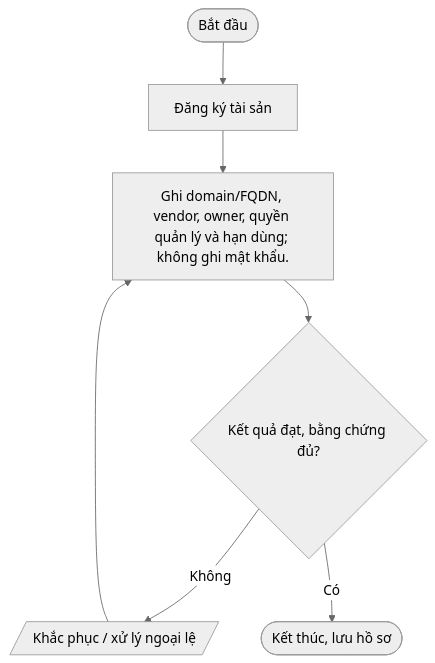
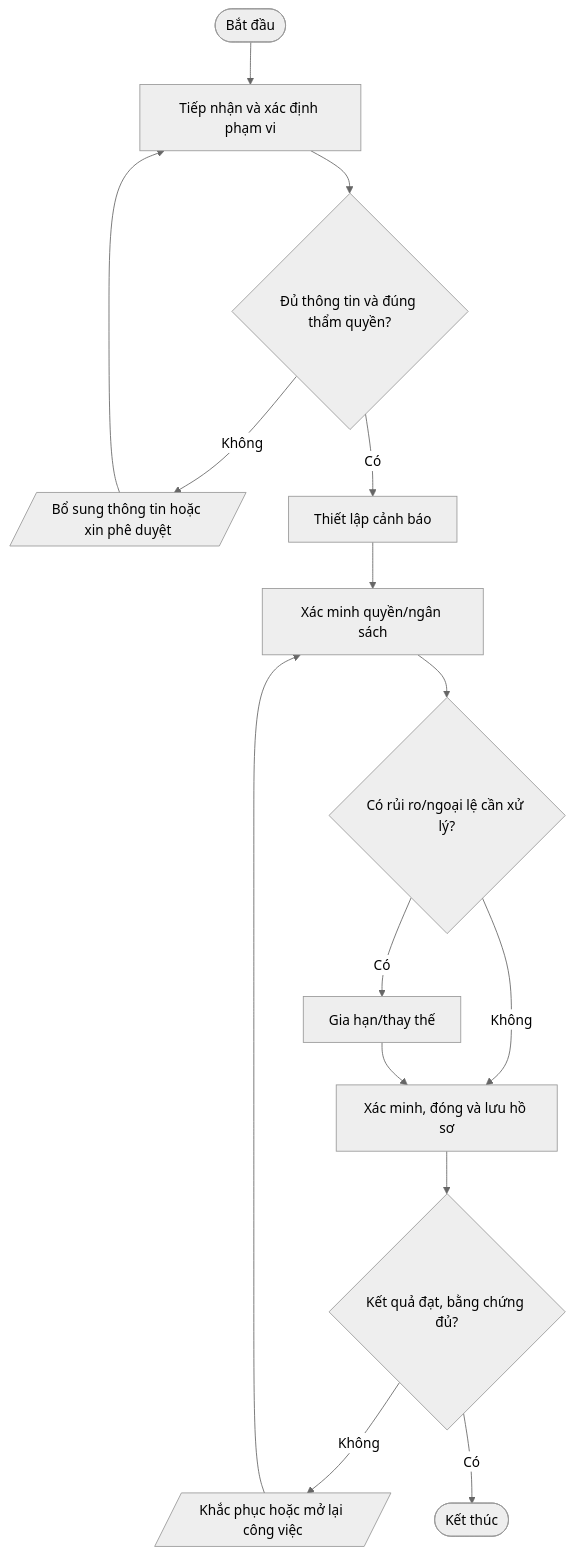
One commit to daoaigiangnam/Quy_Trinh_Chuan changed the fifth of 5 diagrams in quy-trinh/04-Backup-BCP-DR/README.md. Above: the diagram before and after it, drawn with Mermaid (neutral theme). The commit also changed other lines of this file, not shown here.

Commit message:
docs: refine detailed procedure steps and Mermaid flowcharts

````diff
--- a/quy-trinh/04-Backup-BCP-DR/README.md
+++ b/quy-trinh/04-Backup-BCP-DR/README.md
@@ -328,11 +403,17 @@
 ```mermaid
 flowchart TD
-  A([Bắt đầu]) --> S1
-  S1["Đăng ký tài sản"]
-  S2["Ghi domain/FQDN, vendor, owner, quyền quản lý và hạn dùng; không ghi mật khẩu."]
-  S1 --> S2
-  S2 --> D2{"Kết quả đạt, bằng chứng đủ?"}
-  D2 -- Không --> REWORK[/"Khắc phục / xử lý ngoại lệ"/]
-  REWORK --> S2
-  D2 -- Có --> Z([Kết thúc, lưu hồ sơ])
+  A([Bắt đầu]) --> S1["Tiếp nhận và xác định phạm vi"]
+  S1 --> D1{"Đủ thông tin và đúng thẩm quyền?"}
+  D1 -- Không --> F1[/"Bổ sung thông tin hoặc xin phê duyệt"/]
+  F1 --> S1
+  D1 -- Có --> S2["Thiết lập cảnh báo"]
+  S2 --> S3["Xác minh quyền/ngân sách"]
+  S3 --> D2{"Có rủi ro/ngoại lệ cần xử lý?"}
+  D2 -- Có --> S4["Gia hạn/thay thế"]
+  D2 -- Không --> S5["Xác minh, đóng và lưu hồ sơ"]
+  S4 --> S5
+  S5 --> D3{"Kết quả đạt, bằng chứng đủ?"}
+  D3 -- Không --> R[/"Khắc phục hoặc mở lại công việc"/]
+  R --> S3
+  D3 -- Có --> Z([Kết thúc])
 ```
````
